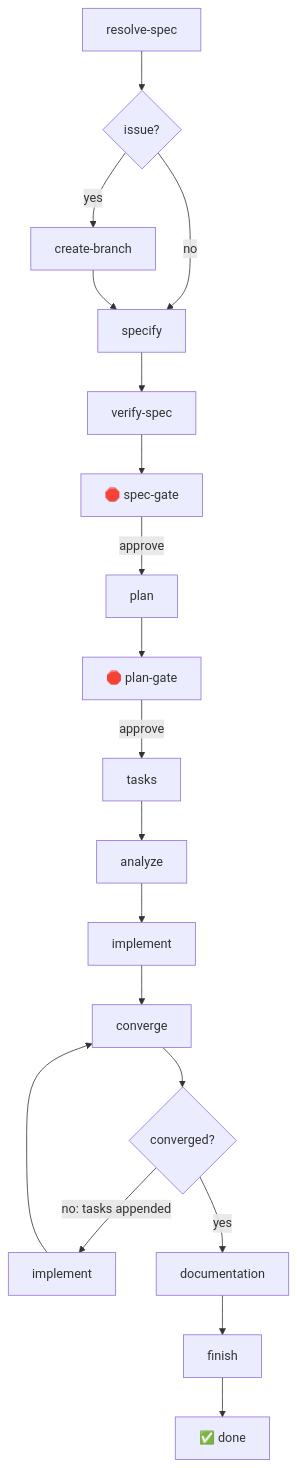
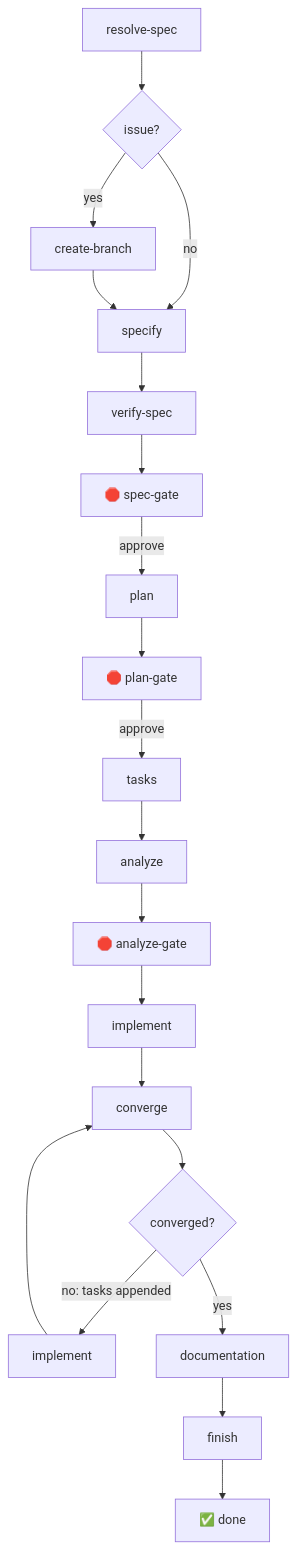
Before and after one commit to markuswondrak/spec-kit-extended-flow: the first of 3 diagrams in docs/flows.md, drawn with Mermaid. The commit also changed other lines of this file and 13 other files, not shown here.

First line of the commit message:
feat: gate the Feature Flow on the consistency analysis (#27)

````diff
--- a/docs/flows.md
+++ b/docs/flows.md
@@ -15,21 +17,22 @@
 ```mermaid
 flowchart TD
     A[resolve-spec] --> B{issue?}
     B -->|yes| C[create-branch]
     B -->|no| D[specify]
     C --> D
     D --> E[verify-spec]
     E --> F[🛑 spec-gate]
     F -->|approve| G[plan]
     G --> H[🛑 plan-gate]
     H -->|approve| I[tasks]
     I --> J[analyze]
-    J --> K[implement]
+    J --> J2[🛑 analyze-gate]
+    J2 --> K[implement]
     K --> L[converge]
     L --> M{converged?}
     M -->|no: tasks appended| N[implement]
     N --> L
     M -->|yes| O[documentation]
     O --> P[finish]
     P --> Q[✅ done]
 ```
````
